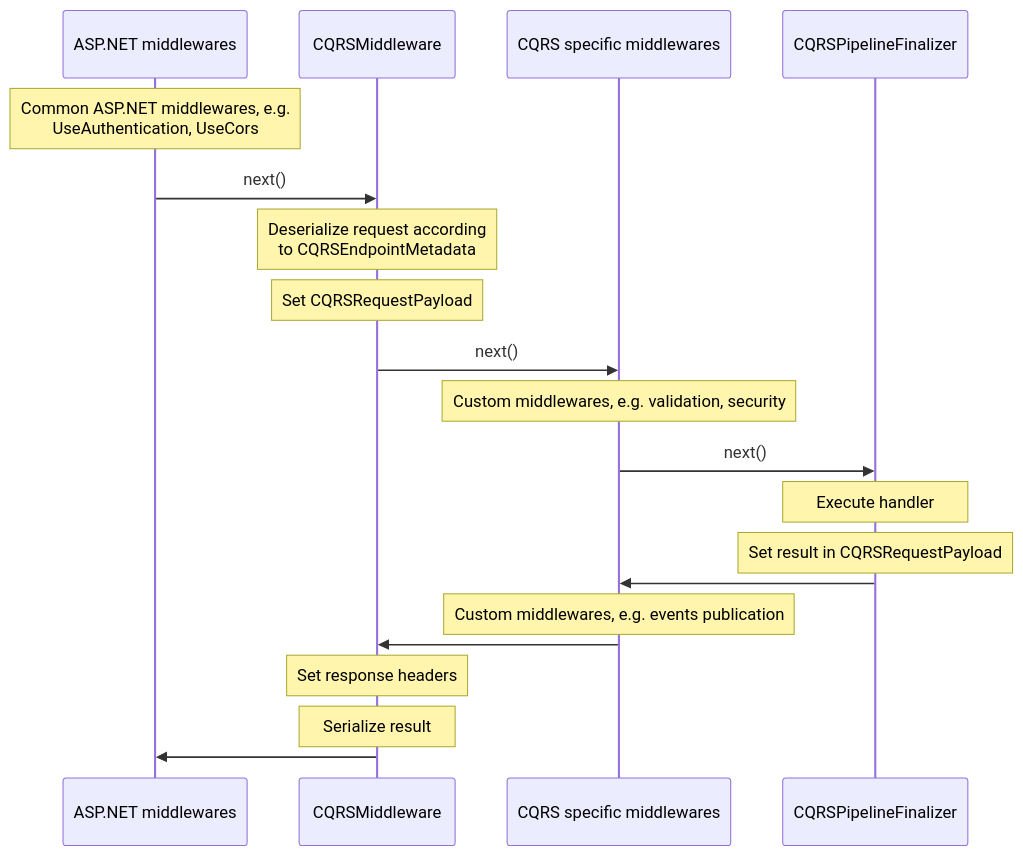
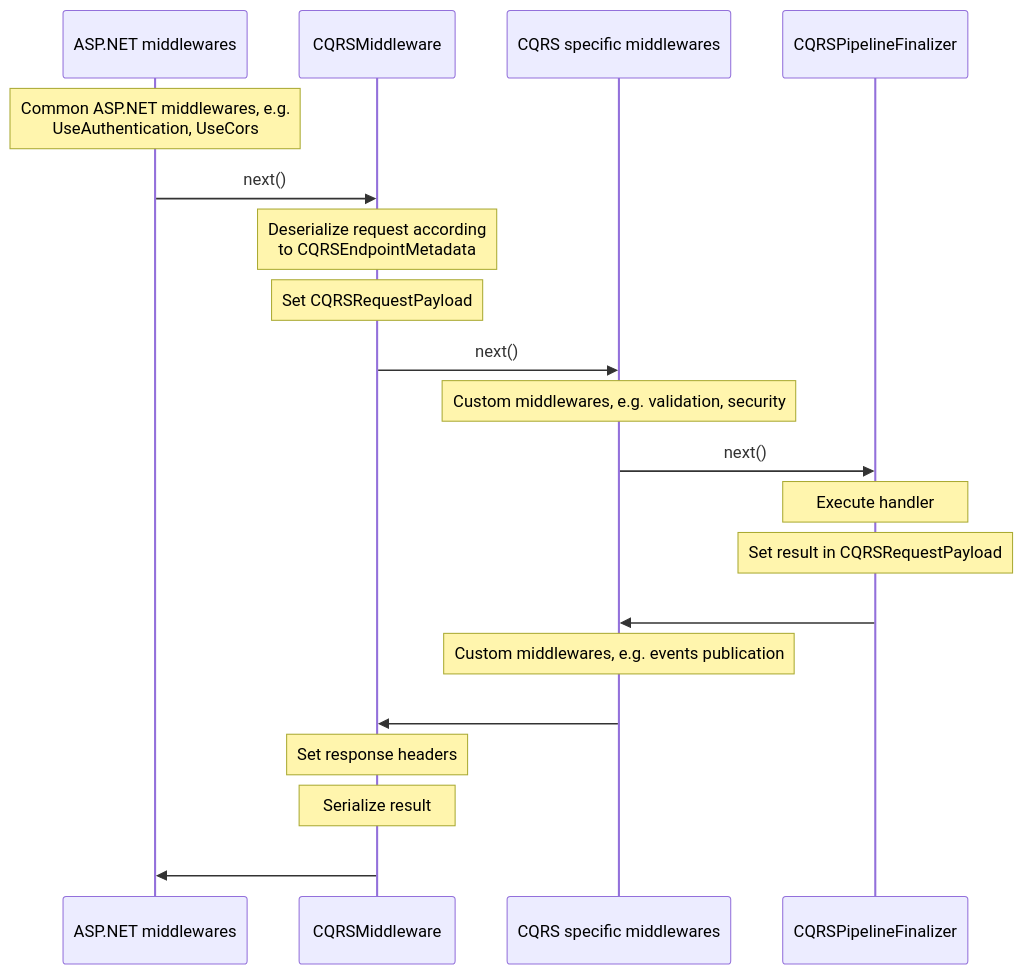
One commit to leancodepl/corelibrary changed the diagram in docs/cqrs/pipeline/index.md. Above: the diagram before and after it, drawn with Mermaid. The commit also changed other lines of this file and 2 other files, not shown here.

````diff
--- a/docs/cqrs/pipeline/index.md
+++ b/docs/cqrs/pipeline/index.md
@@ -77,33 +104,33 @@
 ```mermaid
 sequenceDiagram
     participant aspnet as ASP.NET middlewares
     participant start as CQRSMiddleware
     participant middle as CQRS specific middlewares
     participant final as CQRSPipelineFinalizer
 
     Note over aspnet: Common ASP.NET middlewares, e.g. <br/> UseAuthentication, UseCors
 
     aspnet ->> start: next()
 
     Note over start: Deserialize request according <br/> to CQRSEndpointMetadata
     Note over start: Set CQRSRequestPayload
 
     start ->> middle: next()
     Note over middle: Custom middlewares, e.g. validation, security
 
     middle ->> final: next()
 
     Note over final: Execute handler
     Note over final: Set result in CQRSRequestPayload
 
-    final ->> middle:
+    final ->> middle: #0160;
     Note over middle: Custom middlewares, e.g. events publication
 
-    middle ->> start:
+    middle ->> start: #0160;
 
     Note over start: Set response headers
     Note over start: Serialize result
 
-    start ->> aspnet:
+    start ->> aspnet: #0160;
 
 ```
````
